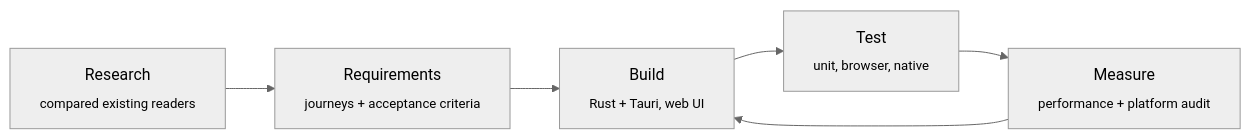
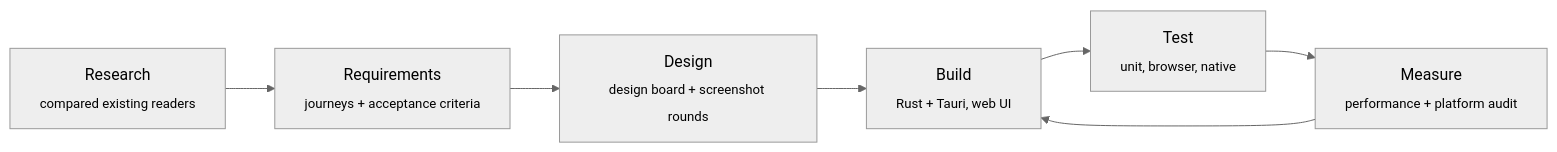
Before and after one commit to RVYNP/hold-my-brief: the diagram in README.md, drawn with Mermaid (neutral theme). The commit also changed other lines of this file and 3 other files, not shown here.

````diff
--- a/README.md
+++ b/README.md
@@ -152,8 +157,9 @@
 ```mermaid
 flowchart LR
   R[Research<br><sub>compared existing readers</sub>] --> P[Requirements<br><sub>journeys + acceptance criteria</sub>]
-  P --> B[Build<br><sub>Rust + Tauri, web UI</sub>]
+  P --> D[Design<br><sub>design board + screenshot rounds</sub>]
+  D --> B[Build<br><sub>Rust + Tauri, web UI</sub>]
   B --> T[Test<br><sub>unit, browser, native</sub>]
   T --> M[Measure<br><sub>performance + platform audit</sub>]
   M --> B
 ```
````
